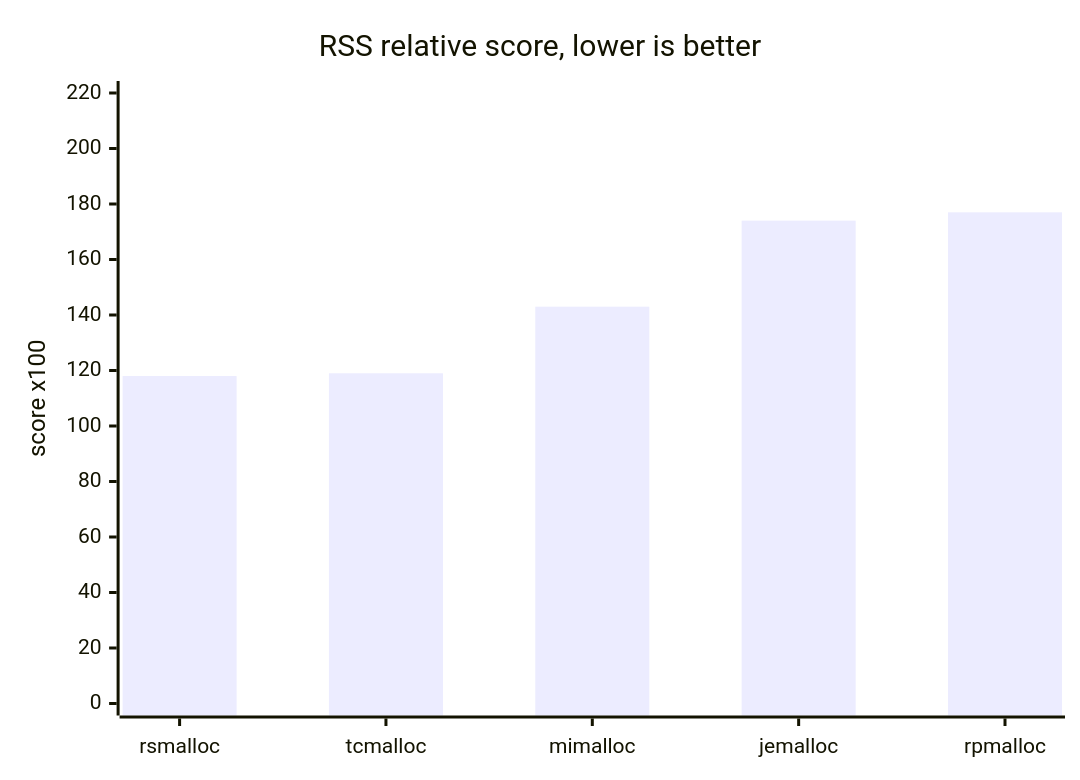
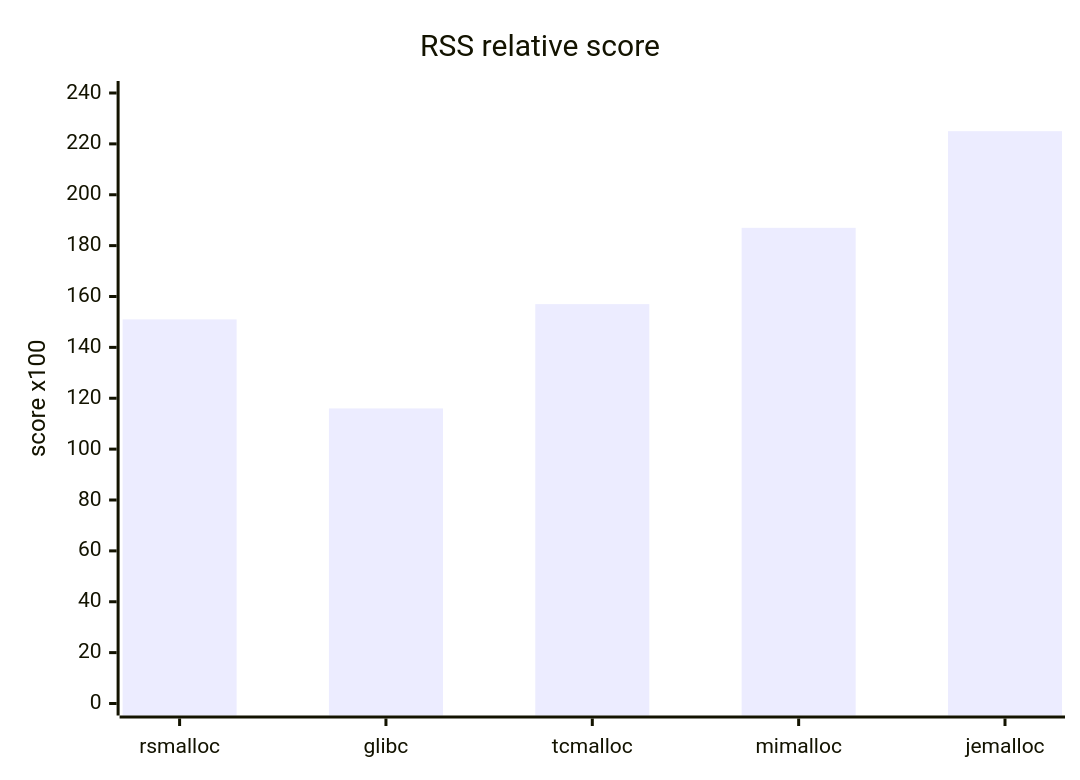
Before and after one commit to Metehan120/rsmalloc: the fourth of 8 diagrams in benchmarks/benchmarks.md, drawn with Mermaid. The commit also changed other lines of this file and 13 other files, not shown here.

````diff
--- a/benchmarks/benchmarks.md
+++ b/benchmarks/benchmarks.md
@@ -130,7 +108,7 @@
 ```mermaid
 xychart-beta
-    title "RSS relative score, lower is better"
-    x-axis [rsmalloc, tcmalloc, mimalloc, jemalloc, rpmalloc]
-    y-axis "score x100" 0 --> 220
-    bar [118, 119, 143, 174, 177]
+    title "RSS relative score"
+    x-axis [rsmalloc, glibc, tcmalloc, mimalloc, jemalloc]
+    y-axis "score x100" 0 --> 240
+    bar [151, 116, 157, 187, 225]
 ```
````
